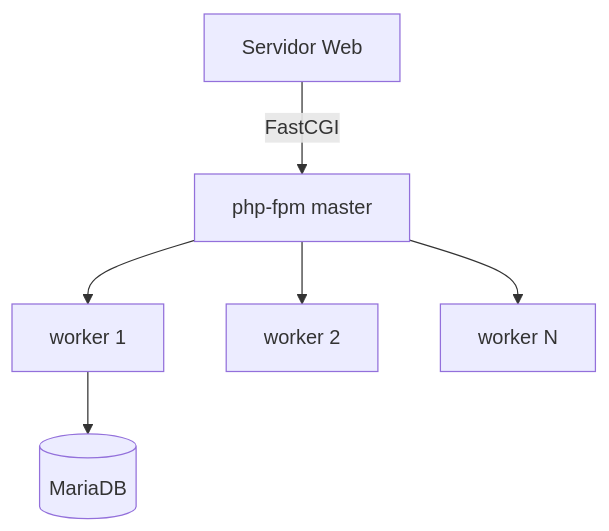
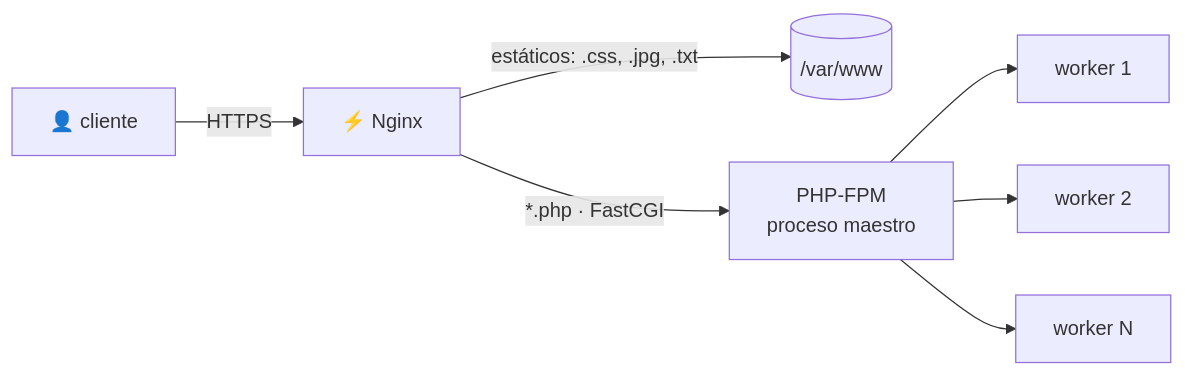
One commit to jmfiorisies/iaw changed the second of 3 diagrams in docs/unidades/ud04.md. Above: the diagram before and after it, drawn with Mermaid. The commit also changed other lines of this file and 3 other files, not shown here.

Commit message:
UD4 · Entorno PHP: Nginx + PHP-FPM (apuntes, menú y presentación de clase en PDF)

````diff
--- a/docs/unidades/ud04.md
+++ b/docs/unidades/ud04.md
@@ -18,8 +108,9 @@
 ```mermaid
-graph TD
-    W[Servidor Web] -->|FastCGI| M[php-fpm master]
-    M --> W1[worker 1]
-    M --> W2[worker 2]
-    M --> W3[worker N]
-    W1 --> DB[(MariaDB)]
+flowchart LR
+    C["👤 cliente"] -->|"HTTPS"| N["⚡ Nginx"]
+    N -->|"estáticos: .css, .jpg, .txt"| D[("/var/www")]
+    N -->|"*.php · FastCGI"| M["PHP-FPM<br/>proceso maestro"]
+    M --> W1["worker 1"]
+    M --> W2["worker 2"]
+    M --> W3["worker N"]
 ```
````
